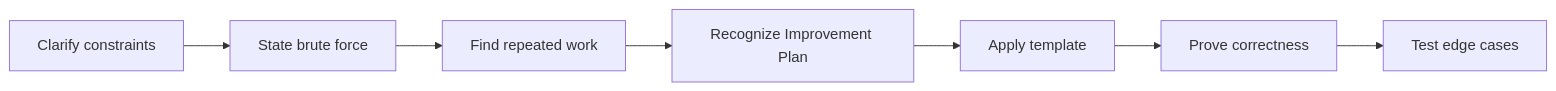
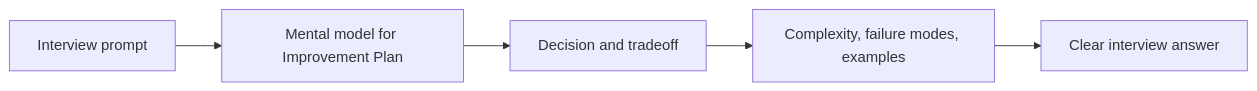
The second of 2 diagrams in coding-round/mock-interviews/improvement-plan/index.md (abstractinterviews/abstractinterviews.github.io), drawn with Mermaid before and after one commit. The commit also changed other lines of this file and 278 other files, not shown here.

````diff
--- a/coding-round/mock-interviews/improvement-plan/index.md
+++ b/coding-round/mock-interviews/improvement-plan/index.md
@@ -123,9 +121,7 @@
-~~~mermaid
+```mermaid
 flowchart LR
-    A["Clarify constraints"] --> B["State brute force"]
-    B --> C["Find repeated work"]
-    C --> D["Recognize Improvement Plan"]
-    D --> E["Apply template"]
-    E --> F["Prove correctness"]
-    F --> G["Test edge cases"]
-~~~
+    Problem["Interview prompt"] --> Model["Mental model for Improvement Plan"]
+    Model --> Choice["Decision and tradeoff"]
+    Choice --> Evidence["Complexity, failure modes, examples"]
+    Evidence --> Answer["Clear interview answer"]
+```
````
